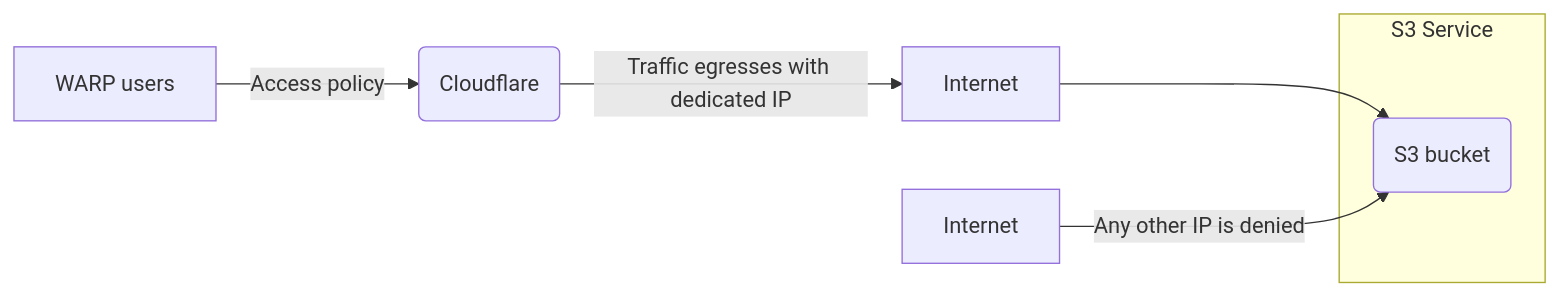
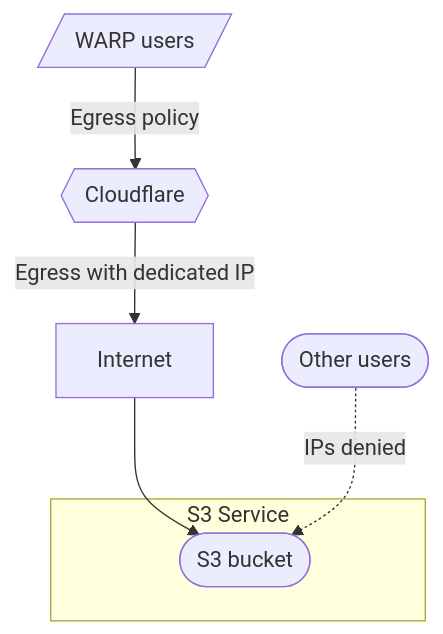
One commit to cloudflare/cloudflare-docs changed the second of 2 diagrams in content/cloudflare-one/tutorials/s3-buckets.md. Above: the diagram before and after it, drawn with Mermaid. The commit also changed other lines of this file, not shown here.

Commit message:
Improve flowcharts

````diff
--- a/content/cloudflare-one/tutorials/s3-buckets.md
+++ b/content/cloudflare-one/tutorials/s3-buckets.md
@@ -115,12 +119,12 @@
 ```mermaid
-flowchart LR
-    cf1[WARP users]--Access policy-->cf2(Cloudflare)
-    cf2--Traffic egresses with dedicated IP-->i1[Internet]
+flowchart TB
+    cf1[/WARP users/]--Egress policy-->cf2{{Cloudflare}}
+    cf2--Egress with dedicated IP-->i1[Internet]
     i1-->s3_1
     
     subgraph S3 Service
-    s3_1(S3 bucket)
+    s3_1([S3 bucket])
     end
 
-    i2[Internet]--Any other IP is denied-->s3_1
+    i2([Other users])-. "IPs denied" .->s3_1
 ```
````
